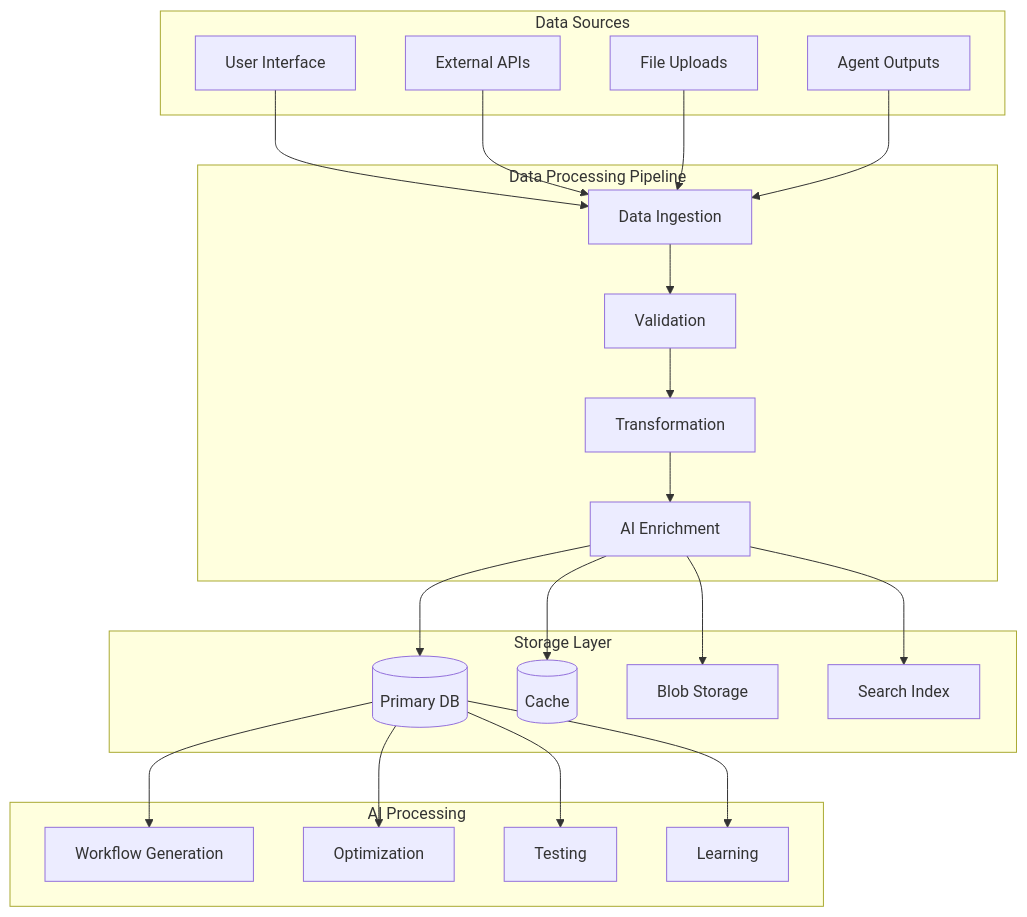
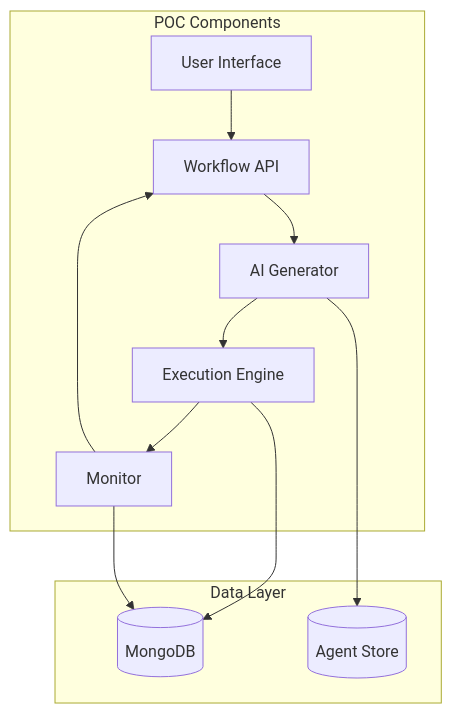
The diagram in README.md (lkiitkgp/new-repo), drawn with Mermaid before and after one commit. The commit also changed other lines of this file, not shown here.

````diff
--- a/README.md
+++ b/README.md
@@ -1211,49 +19,25 @@
 ```mermaid
 graph TB
-    subgraph "Data Sources"
+    subgraph "POC Components"
         UI[User Interface]
-        API[External APIs]
-        FILES[File Uploads]
-        AGENTS[Agent Outputs]
+        API[Workflow API]
+        GEN[AI Generator]
+        EXE[Execution Engine]
+        MON[Monitor]
     end
     
-    subgraph "Data Processing Pipeline"
-        INGEST[Data Ingestion]
-        VALIDATE[Validation]
-        TRANSFORM[Transformation]
-        ENRICH[AI Enrichment]
+    subgraph "Data Layer"
+        DB[(MongoDB)]
+        AGENTS[(Agent Store)]
     end
     
-    subgraph "Storage Layer"
-        PRIMARY[(Primary DB)]
-        CACHE[(Cache)]
-        BLOB[Blob Storage]
-        SEARCH[Search Index]
-    end
+    UI --> API
+    API --> GEN
+    GEN --> EXE
+    EXE --> MON
+    MON --> API
     
-    subgraph "AI Processing"
-        GENERATE[Workflow Generation]
-        OPTIMIZE[Optimization]
-        TEST[Testing]
-        LEARN[Learning]
-    end
-    
-    UI --> INGEST
-    API --> INGEST
-    FILES --> INGEST
-    AGENTS --> INGEST
-    
-    INGEST --> VALIDATE
-    VALIDATE --> TRANSFORM
-    TRANSFORM --> ENRICH
-    
-    ENRICH --> PRIMARY
-    ENRICH --> CACHE
-    ENRICH --> BLOB
-    ENRICH --> SEARCH
-    
-    PRIMARY --> GENERATE
-    PRIMARY --> OPTIMIZE
-    PRIMARY --> TEST
-    PRIMARY --> LEARN
+    GEN --> AGENTS
+    EXE --> DB
+    MON --> DB
 ```
````
